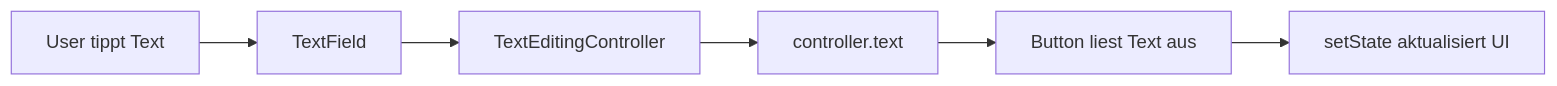
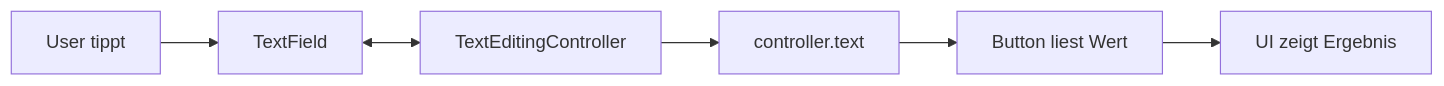
The first of 2 diagrams in 07-inputs-textfield/VISUAL.md (Real-Dau/Flutter-lernen), drawn with Mermaid before and after one commit. The commit also changed other lines of this file and 12 other files, not shown here.

````diff
--- a/07-inputs-textfield/VISUAL.md
+++ b/07-inputs-textfield/VISUAL.md
@@ -5,8 +20,8 @@
 ```mermaid
 flowchart LR
-    A[User tippt Text] --> B[TextField]
-    B --> C[TextEditingController]
+    A[User tippt] --> B[TextField]
+    B <--> C[TextEditingController]
     C --> D[controller.text]
-    D --> E[Button liest Text aus]
-    E --> F[setState aktualisiert UI]
+    D --> E[Button liest Wert]
+    E --> F[UI zeigt Ergebnis]
 ```
````
